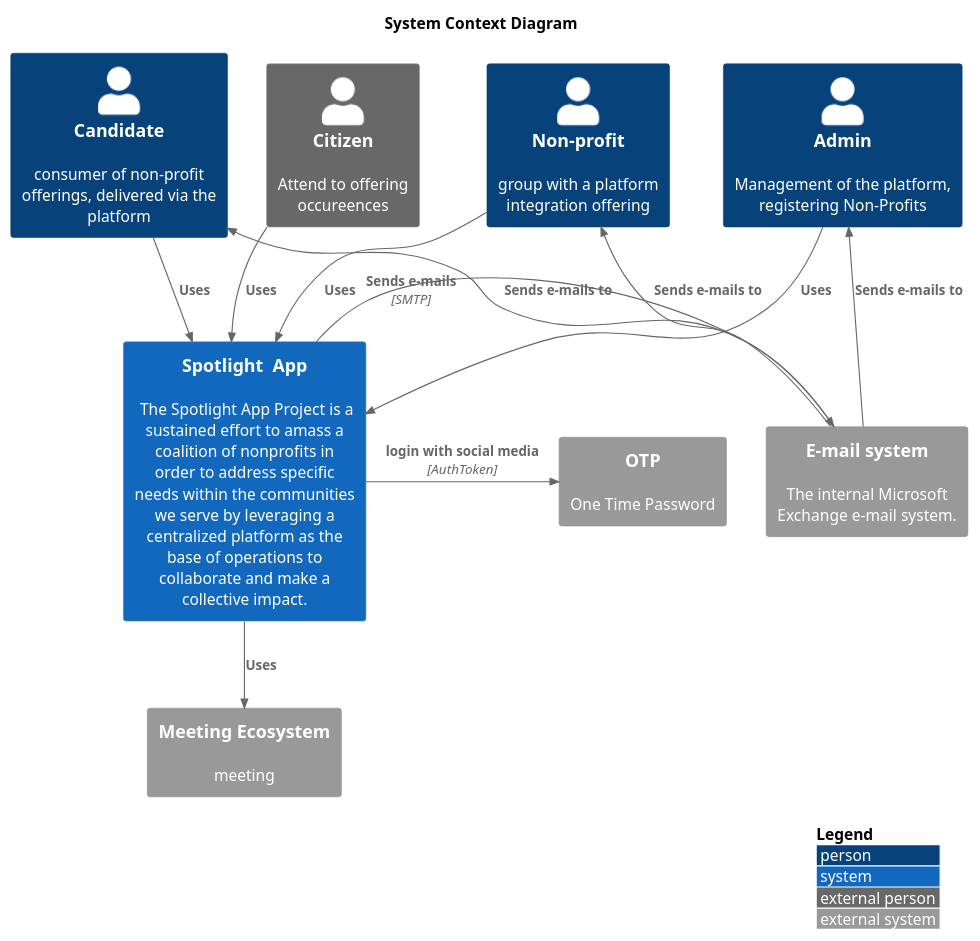
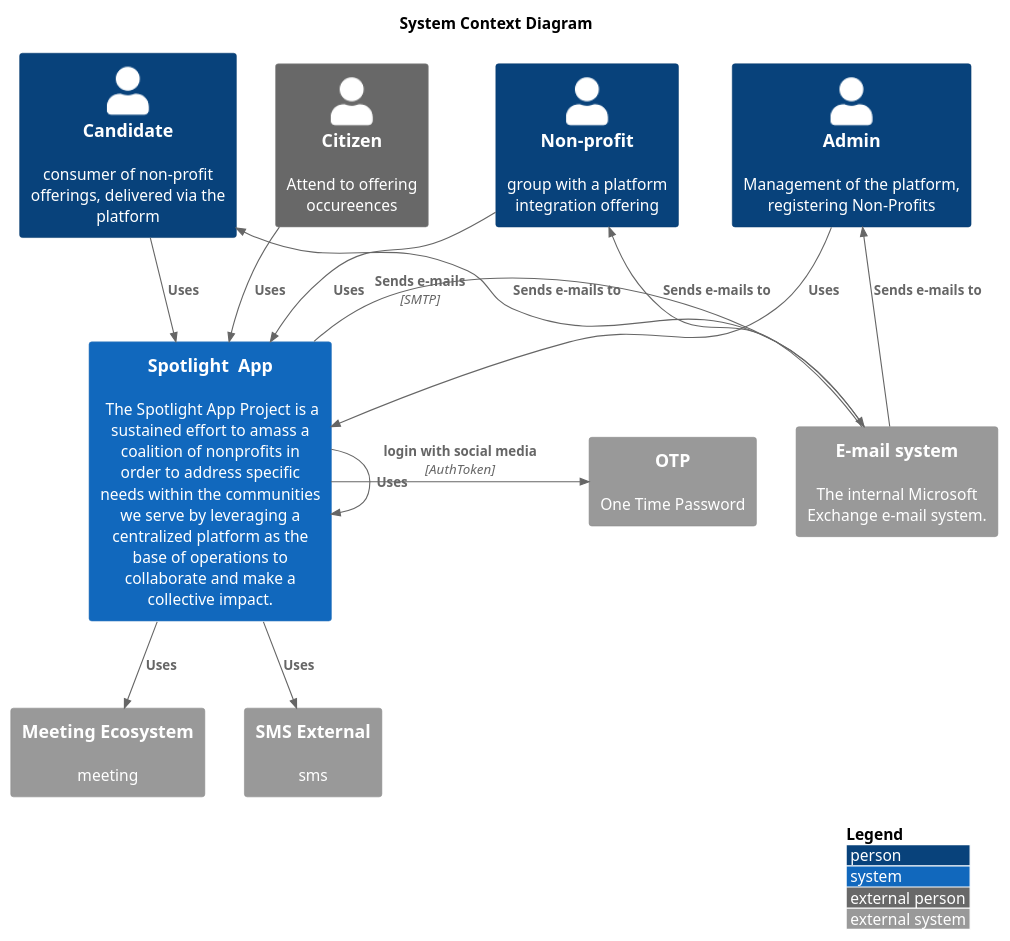
Before and after one commit to Katatubies/kata2022: the first of 3 diagrams in 2.SolutionBackground/c4.md, drawn with PlantUML. The commit also changed other lines of this file and 2 other files, not shown here.

Commit message:
pdf png added

````diff
--- a/2.SolutionBackground/c4.md
+++ b/2.SolutionBackground/c4.md
@@ -3,49 +3,54 @@
 ```plantuml
 @startuml
 !include https://raw.githubusercontent.com/plantuml-stdlib/C4-PlantUML/master/C4_Context.puml
 
 ' uncomment the following line and comment the first to use locally
 
 ' !include C4_Context.puml
 
 LAYOUT_WITH_LEGEND()
 
 title System Context Diagram
 
 Person(candidate, "Candidate", "consumer of non-profit offerings, delivered via the platform")
 
 Person(nonprofit, "Non-profit", "group with a platform integration offering")
 
 Person(admin, "Admin", "Management of the platform, registering Non-Profits")
 
 Person_Ext(citizen, "Citizen", "Attend to offering occureences")
 
 System(spotlight, "Spotlight  App", " The Spotlight App Project is a sustained effort to amass a coalition of nonprofits in order to address specific needs within the communities we serve by leveraging a centralized platform as the base of operations to collaborate and make a collective impact. ")
 
 System_Ext(mail_system, "E-mail system", "The internal Microsoft Exchange e-mail system.")
 
 System_Ext(meeting, "Meeting Ecosystem", "meeting")
 
 System_Ext(otp, "OTP", "One Time Password")
 
+System_Ext(sms, "SMS External", "sms")
+
 Rel(candidate, spotlight , "Uses")
 
 Rel(admin, spotlight, "Uses")
 
 Rel(nonprofit, spotlight, "Uses")
 
+Rel(spotlight, spotlight, "Uses")
 Rel_Back(candidate, mail_system, "Sends e-mails to")
 
 Rel_Back(nonprofit, mail_system, "Sends e-mails to")
 
 Rel_Back(admin, mail_system, "Sends e-mails to")
 
 Rel_Neighbor(spotlight, mail_system, "Sends e-mails", "SMTP")
 
 Rel_Neighbor(spotlight, otp, "login with social media", "AuthToken")
 
 Rel(spotlight, meeting, "Uses")
 
+Rel(spotlight, sms, "Uses")
+
 Rel(citizen, spotlight , "Uses")
 @enduml
 ```
````
